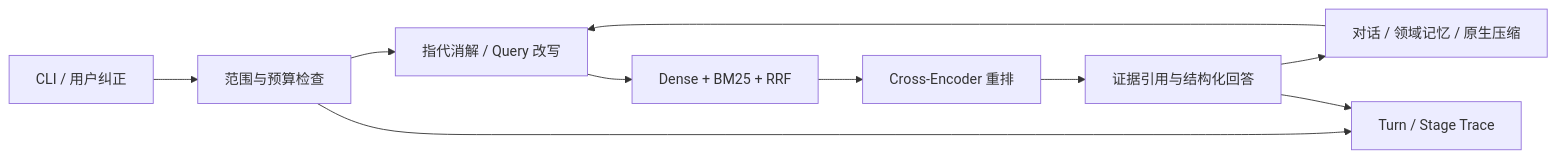
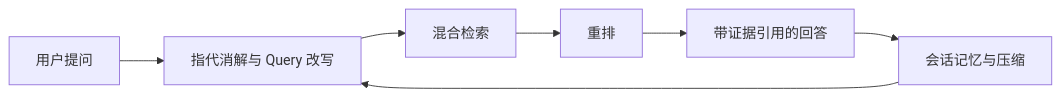
One commit to Andubai99/AsterCite changed the diagram in README.md. Above: the diagram before and after it, drawn with Mermaid. The commit also changed other lines of this file and 51 other files, not shown here.

````diff
--- a/README.md
+++ b/README.md
@@ -94,12 +70,9 @@
 ```mermaid
 flowchart LR
-  User[CLI / 用户纠正] --> Guard[范围与预算检查]
-  Guard --> NLU[指代消解 / Query 改写]
-  NLU --> Retrieve[Dense + BM25 + RRF]
-  Retrieve --> Rerank[Cross-Encoder 重排]
-  Rerank --> Generate[证据引用与结构化回答]
-  Generate --> Memory[对话 / 领域记忆 / 原生压缩]
+  CLI[用户提问] --> NLU[指代消解与 Query 改写]
+  NLU --> Search[混合检索]
+  Search --> Rerank[重排]
+  Rerank --> Answer[带证据引用的回答]
+  Answer --> Memory[会话记忆与压缩]
   Memory --> NLU
-  Guard --> Trace[Turn / Stage Trace]
-  Generate --> Trace
 ```
````
